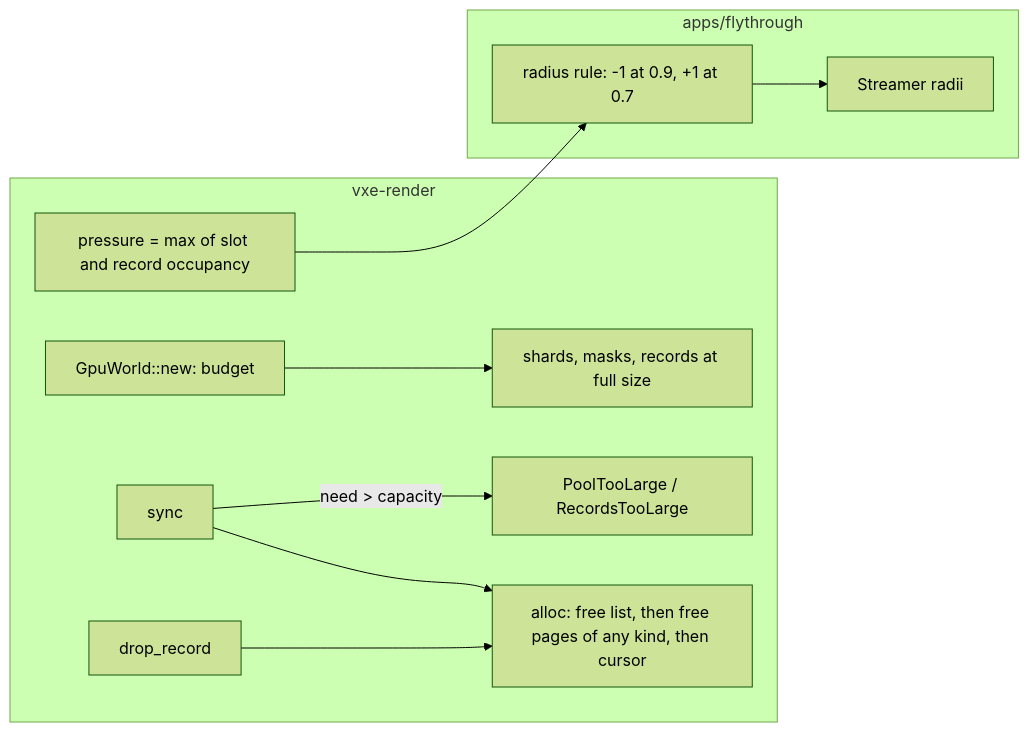
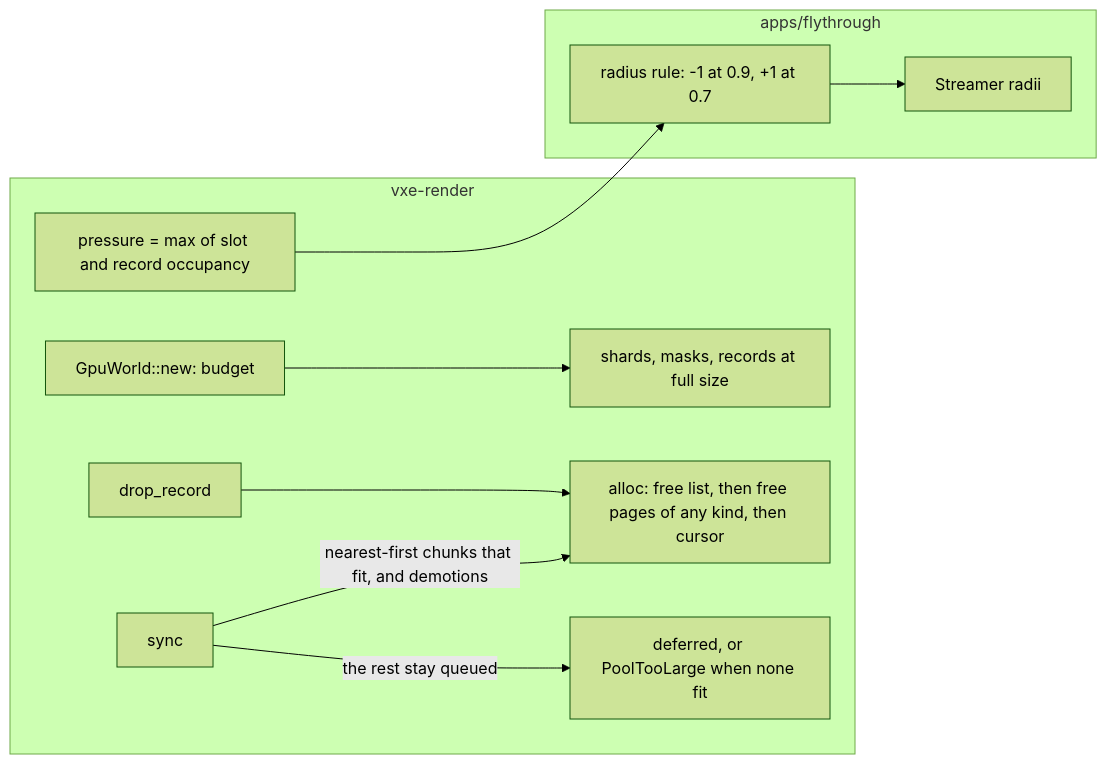
One commit to IgorKonovalov/voxel-engine changed the diagram in docs/plans/0017-mirror-budget-reservation-page-kinds-and-pressure.md. Above: the diagram before and after it, drawn with Mermaid (forest theme). The commit also changed other lines of this file and 1 other file, not shown here.

First line of the commit message:
docs(plans): plan 0017 amendment, a sync writes what fits nearest first

````diff
--- a/docs/plans/0017-mirror-budget-reservation-page-kinds-and-pressure.md
+++ b/docs/plans/0017-mirror-budget-reservation-page-kinds-and-pressure.md
@@ -140,14 +208,15 @@
 ```mermaid
 flowchart LR
     subgraph vxe-render
         N[GpuWorld::new: budget] --> B[shards, masks, records at full size]
-        S[sync] -->|need > capacity| E[PoolTooLarge / RecordsTooLarge]
-        S --> A[alloc: free list, then free pages of any kind, then cursor]
+        S[sync] -->|nearest-first chunks that fit, and demotions| A
+        S -->|the rest stay queued| E[deferred, or PoolTooLarge when none fit]
+        A[alloc: free list, then free pages of any kind, then cursor]
         D[drop_record] --> A
         P[pressure = max of slot and record occupancy]
     end
     subgraph apps/flythrough
         P --> R[radius rule: -1 at 0.9, +1 at 0.7]
         R --> W[Streamer radii]
     end
 ```
````
